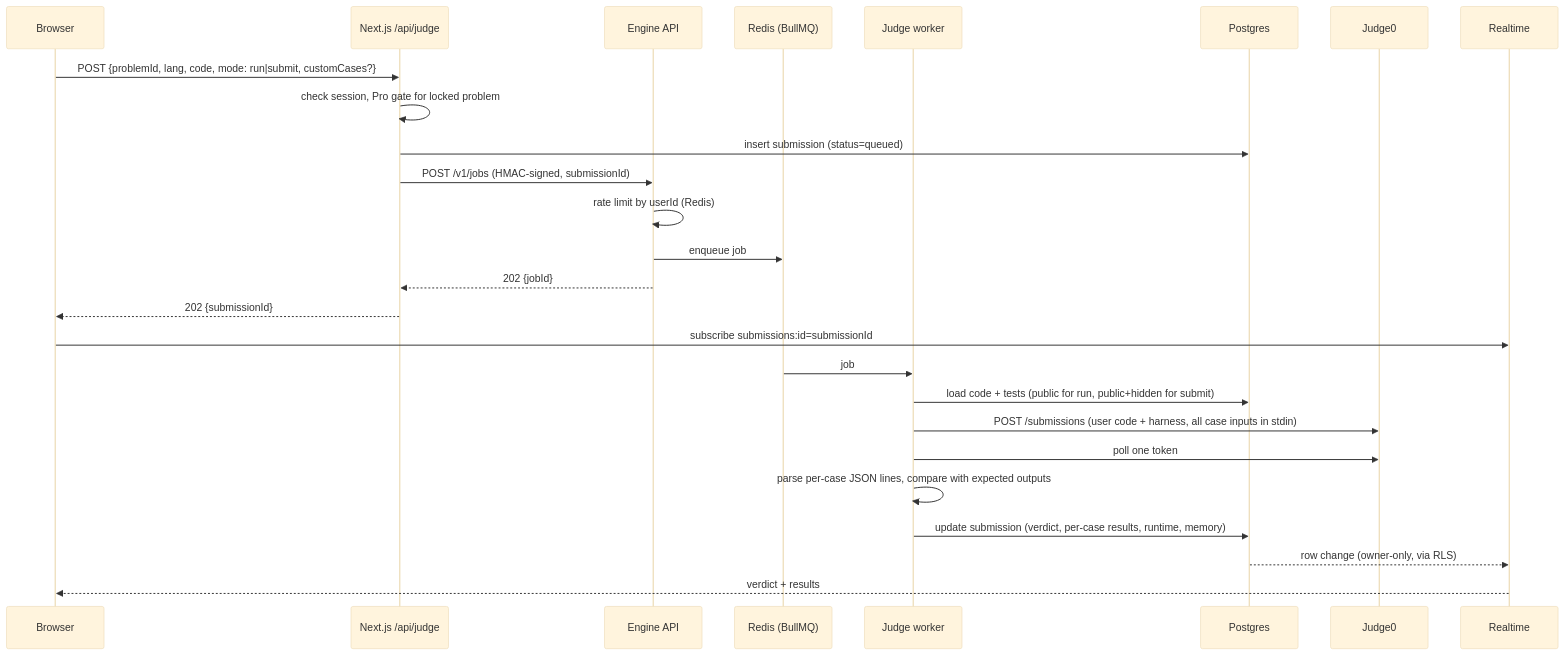
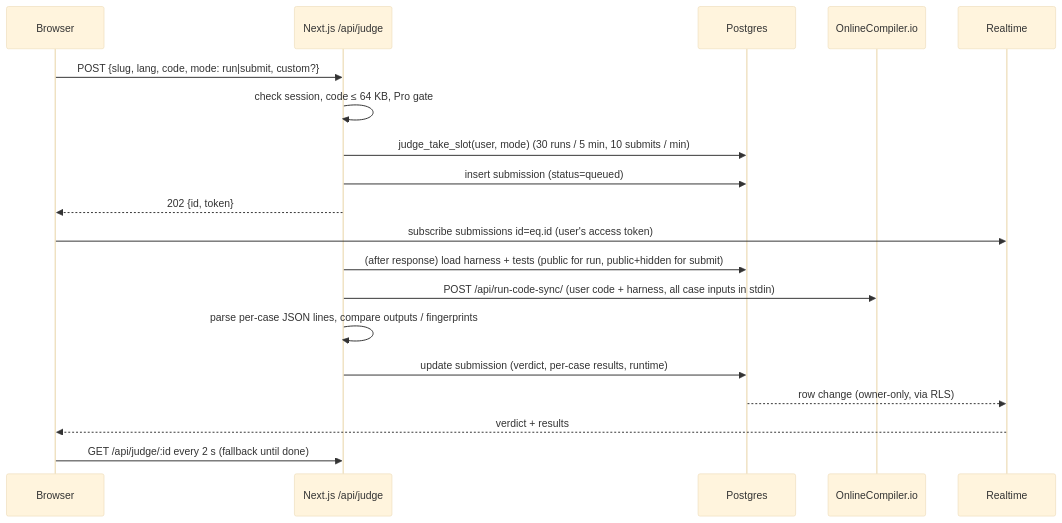
The second of 3 diagrams in docs/SYSTEM_ARCHITECTURE.md (Symmetry7/AlgoGym), drawn with Mermaid (base theme) before and after one commit. The commit also changed other lines of this file and 22 other files, not shown here.

First line of the commit message:
feat: M11 Run/Submit through OnlineCompiler.io from /api/judge

````diff
--- a/docs/SYSTEM_ARCHITECTURE.md
+++ b/docs/SYSTEM_ARCHITECTURE.md
@@ -110,29 +101,22 @@
 ```mermaid
 sequenceDiagram
   participant B as Browser
   participant N as Next.js /api/judge
-  participant E as Engine API
-  participant Q as Redis (BullMQ)
-  participant W as Judge worker
   participant DB as Postgres
-  participant J as Judge0
+  participant J as OnlineCompiler.io
   participant RT as Realtime
 
-  B->>N: POST {problemId, lang, code, mode: run|submit, customCases?}
-  N->>N: check session, Pro gate for locked problem
+  B->>N: POST {slug, lang, code, mode: run|submit, custom?}
+  N->>N: check session, code ≤ 64 KB, Pro gate
+  N->>DB: judge_take_slot(user, mode) (30 runs / 5 min, 10 submits / min)
   N->>DB: insert submission (status=queued)
-  N->>E: POST /v1/jobs (HMAC-signed, submissionId)
-  E->>E: rate limit by userId (Redis)
-  E->>Q: enqueue job
-  E-->>N: 202 {jobId}
-  N-->>B: 202 {submissionId}
-  B->>RT: subscribe submissions:id=submissionId
-  Q->>W: job
-  W->>DB: load code + tests (public for run, public+hidden for submit)
-  W->>J: POST /submissions (user code + harness, all case inputs in stdin)
-  W->>J: poll one token
-  W->>W: parse per-case JSON lines, compare with expected outputs
-  W->>DB: update submission (verdict, per-case results, runtime, memory)
+  N-->>B: 202 {id, token}
+  B->>RT: subscribe submissions id=eq.id (user's access token)
+  N->>DB: (after response) load harness + tests (public for run, public+hidden for submit)
+  N->>J: POST /api/run-code-sync/ (user code + harness, all case inputs in stdin)
+  N->>N: parse per-case JSON lines, compare outputs / fingerprints
+  N->>DB: update submission (verdict, per-case results, runtime)
   DB-->>RT: row change (owner-only, via RLS)
   RT-->>B: verdict + results
+  B->>N: GET /api/judge/:id every 2 s (fallback until done)
 ```
````
